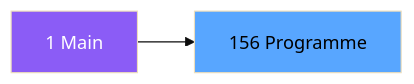
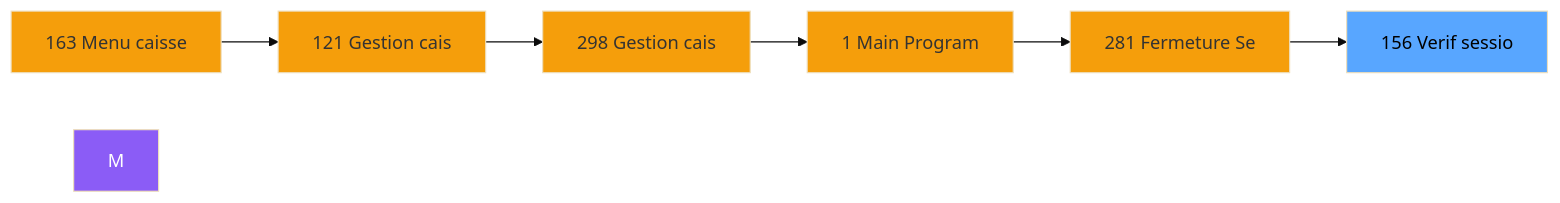
One commit to thonyAGP/magic-migration changed the second of 3 diagrams in .openspec/specs/ADH-IDE-156.md. Above: the diagram before and after it, drawn with Mermaid (base theme). The commit also changed other lines of this file and 323 other files, not shown here.

````diff
--- a/.openspec/specs/ADH-IDE-156.md
+++ b/.openspec/specs/ADH-IDE-156.md
@@ -98,8 +113,21 @@
 ```mermaid
 graph LR
-    M[1 Main]
-    T[156 Programme]
-    M --> T
+    N163[163 Menu caisse ]
+    N121[121 Gestion cais]
+    N298[298 Gestion cais]
+    N1[1 Main Program]
+    N281[281 Fermeture Se]
+    T[156 Verif sessio]
+    N163 --> N121
+    N121 --> N298
+    N298 --> N1
+    N1 --> N281
+    N281 --> T
     style M fill:#8b5cf6,color:#fff
+    style N163 fill:#f59e0b
+    style N121 fill:#f59e0b
+    style N298 fill:#f59e0b
+    style N1 fill:#f59e0b
+    style N281 fill:#f59e0b
     style T fill:#58a6ff,color:#000
 ```
````
